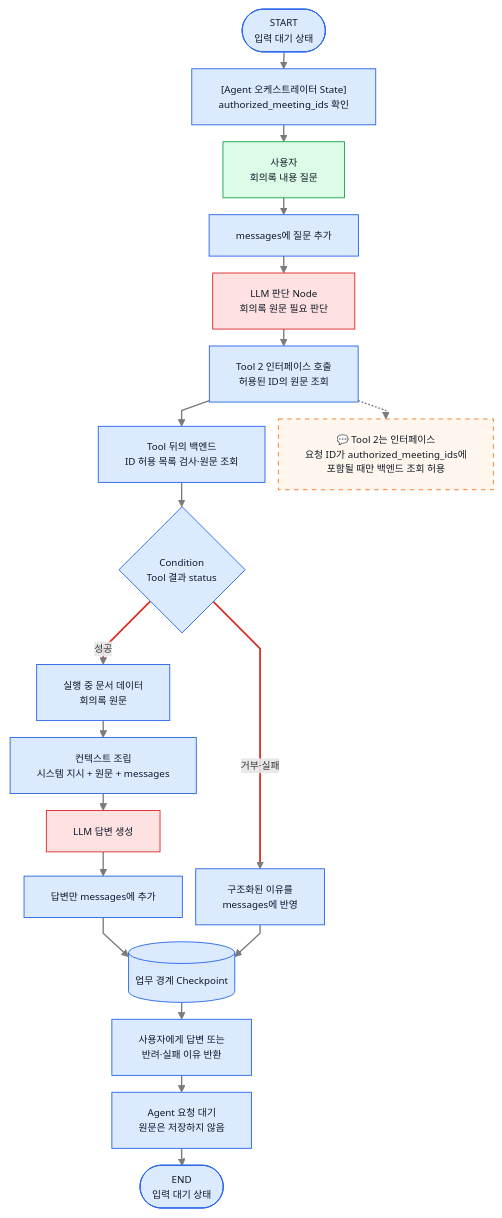
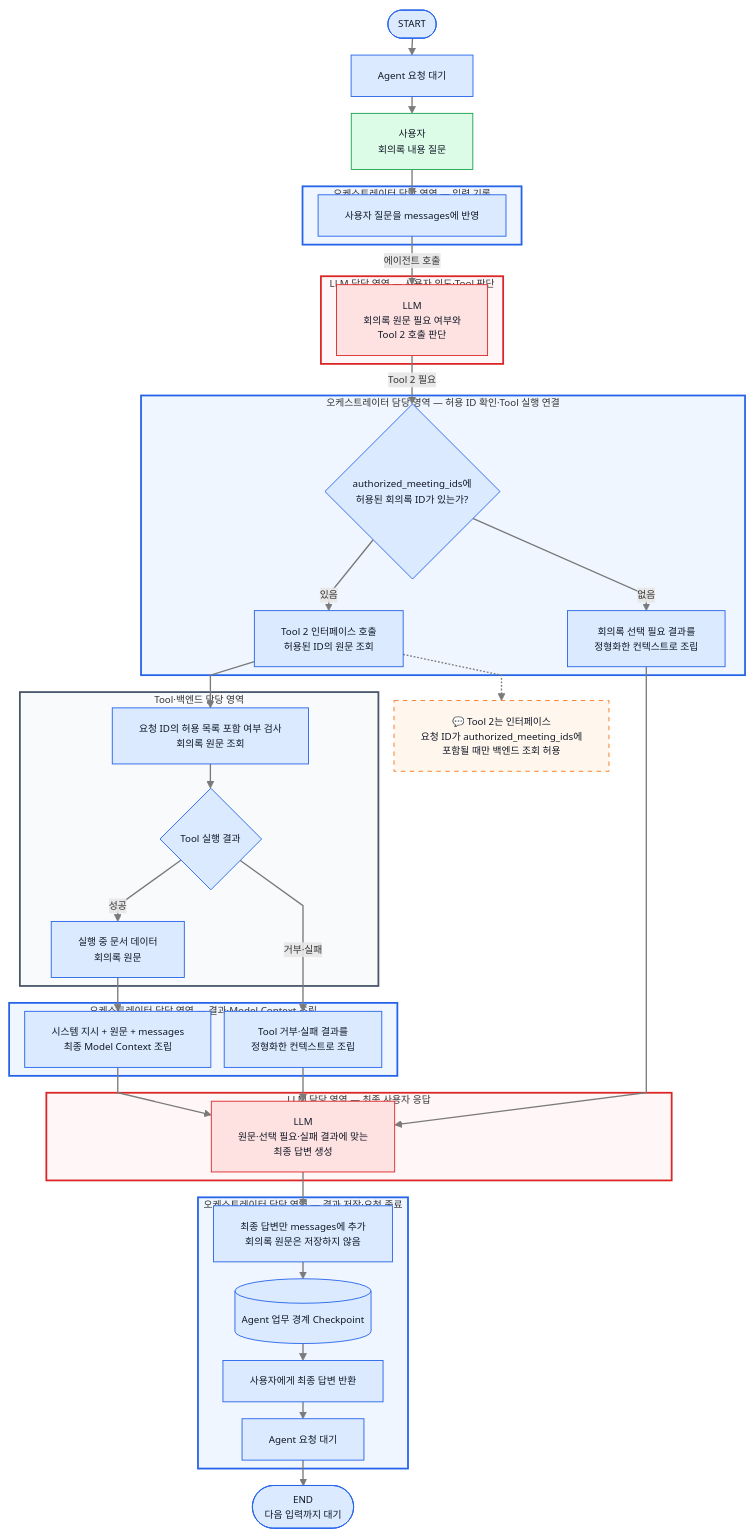
The eighth of 8 diagrams in ZENAI/에이전트 설계/회의록 에이전트 설계/1-2. 회의록 에이전트 워크플로우 Graph 상세.md (ericyum/Obsidian), drawn with Mermaid before and after one commit. The commit also changed other lines of this file and 4 other files, not shown here.

````diff
--- a/ZENAI/에이전트 설계/회의록 에이전트 설계/1-2. 회의록 에이전트 워크플로우 Graph 상세.md
+++ b/ZENAI/에이전트 설계/회의록 에이전트 설계/1-2. 회의록 에이전트 워크플로우 Graph 상세.md
@@ -455,32 +537,81 @@
 ```mermaid
 %%{init: {"flowchart": {"useMaxWidth": true, "nodeSpacing": 15, "rankSpacing": 19, "curve": "linear"}, "themeVariables": {"fontSize": "11px"}}}%%
 flowchart TB
-    S(["START<br/>입력 대기 상태"]) --> ST["[Agent 오케스트레이터 State]<br/>authorized_meeting_ids 확인"]
-    ST --> U["사용자<br/>회의록 내용 질문"]
-    U --> SQ["messages에 질문 추가"]
-    SQ --> A["LLM 판단 Node<br/>회의록 원문 필요 판단"]
-    A --> T2["Tool 2 인터페이스 호출<br/>허용된 ID의 원문 조회"]
-    T2 --> B["Tool 뒤의 백엔드<br/>ID 허용 목록 검사·원문 조회"]
-    B --> RC{"Condition<br/>Tool 결과 status"}
-    RC -->|"거부·실패"| ER["구조화된 이유를<br/>messages에 반영"]
-    RC -->|"성공"| DOC["실행 중 문서 데이터<br/>회의록 원문"]
-    DOC --> CTX["컨텍스트 조립<br/>시스템 지시 + 원문 + messages"]
-    CTX --> L["LLM 답변 생성"]
-    L --> SU["답변만 messages에 추가"]
-    SU --> CP[("업무 경계 Checkpoint")]
-    ER --> CP
-    CP --> R["사용자에게 답변 또는<br/>반려·실패 이유 반환"]
-    R --> FS["Agent 요청 대기<br/>원문은 저장하지 않음"]
-    FS --> E(["END<br/>입력 대기 상태"])
+    S(["START"]) --> W1["Agent 요청 대기"]
+    W1 --> U["사용자<br/>회의록 내용 질문"]
+
+    subgraph ORCH_INPUT["오케스트레이터 담당 영역 — 입력 기록"]
+        SQ["사용자 질문을 messages에 반영"]
+    end
+
+    U --> SQ
+
+    subgraph LLM_CALL["LLM 담당 영역 — 사용자 의도·Tool 판단"]
+        A["LLM<br/>회의록 원문 필요 여부와<br/>Tool 2 호출 판단"]
+    end
+
+    SQ -->|"에이전트 호출"| A
+    A -->|"Tool 2 필요"| QV
+
+    subgraph ORCH_CALL["오케스트레이터 담당 영역 — 허용 ID 확인·Tool 실행 연결"]
+        QV{"authorized_meeting_ids에<br/>허용된 회의록 ID가 있는가?"}
+        T2["Tool 2 인터페이스 호출<br/>허용된 ID의 원문 조회"]
+        NOIDCTX["회의록 선택 필요 결과를<br/>정형화한 컨텍스트로 조립"]
+        QV -->|"있음"| T2
+        QV -->|"없음"| NOIDCTX
+    end
+
+    subgraph TOOL_BACKEND["Tool·백엔드 담당 영역"]
+        B["요청 ID의 허용 목록 포함 여부 검사<br/>회의록 원문 조회"]
+        RC{"Tool 실행 결과"}
+        DOC["실행 중 문서 데이터<br/>회의록 원문"]
+        B --> RC
+        RC -->|"성공"| DOC
+    end
+
+    T2 --> B
+
+    subgraph ORCH_CONTEXT["오케스트레이터 담당 영역 — 결과·Model Context 조립"]
+        CTX["시스템 지시 + 원문 + messages<br/>최종 Model Context 조립"]
+        ERCTX["Tool 거부·실패 결과를<br/>정형화한 컨텍스트로 조립"]
+    end
+
+    DOC --> CTX
+    RC -->|"거부·실패"| ERCTX
+
+    subgraph LLM_FINAL["LLM 담당 영역 — 최종 사용자 응답"]
+        L["LLM<br/>원문·선택 필요·실패 결과에 맞는<br/>최종 답변 생성"]
+    end
+
+    CTX --> L
+    NOIDCTX --> L
+    ERCTX --> L
+
+    subgraph ORCH_FINISH["오케스트레이터 담당 영역 — 결과 저장·요청 종료"]
+        SU["최종 답변만 messages에 추가<br/>회의록 원문은 저장하지 않음"]
+        CP[("Agent 업무 경계 Checkpoint")]
+        R["사용자에게 최종 답변 반환"]
+        W2["Agent 요청 대기"]
+        SU --> CP --> R --> W2
+    end
+
+    L --> SU
+    W2 --> E(["END<br/>다음 입력까지 대기"])
     T2 -.-> NT["💬 Tool 2는 인터페이스<br/>요청 ID가 authorized_meeting_ids에<br/>포함될 때만 백엔드 조회 허용"]
     classDef user fill:#dcfce7,stroke:#16a34a,color:#111827;
     classDef internal fill:#dbeafe,stroke:#2563eb,color:#111827;
     classDef llm fill:#fee2e2,stroke:#dc2626,color:#111827;
     classDef note fill:#fff7ed,stroke:#f97316,color:#111827,stroke-dasharray:5 5;
     class U user;
     class A,L llm;
     class NT note;
-    class S,ST,SQ,T2,B,RC,ER,DOC,CTX,SU,CP,R,FS,E internal;
+    class S,W1,SQ,QV,T2,NOIDCTX,B,RC,DOC,CTX,ERCTX,SU,CP,R,W2,E internal;
+    style LLM_CALL fill:#fff7f7,stroke:#dc2626,stroke-width:2px;
+    style LLM_FINAL fill:#fff7f7,stroke:#dc2626,stroke-width:2px;
+    style ORCH_INPUT fill:#eff6ff,stroke:#2563eb,stroke-width:2px;
+    style ORCH_CALL fill:#eff6ff,stroke:#2563eb,stroke-width:2px;
+    style ORCH_CONTEXT fill:#eff6ff,stroke:#2563eb,stroke-width:2px;
+    style ORCH_FINISH fill:#eff6ff,stroke:#2563eb,stroke-width:2px;
+    style TOOL_BACKEND fill:#f8fafc,stroke:#475569,stroke-width:2px;
     linkStyle default stroke:#7a7a7a,stroke-width:1.5px;
-    linkStyle 7,8 stroke:#d93025,stroke-width:2px;
 ```
````
